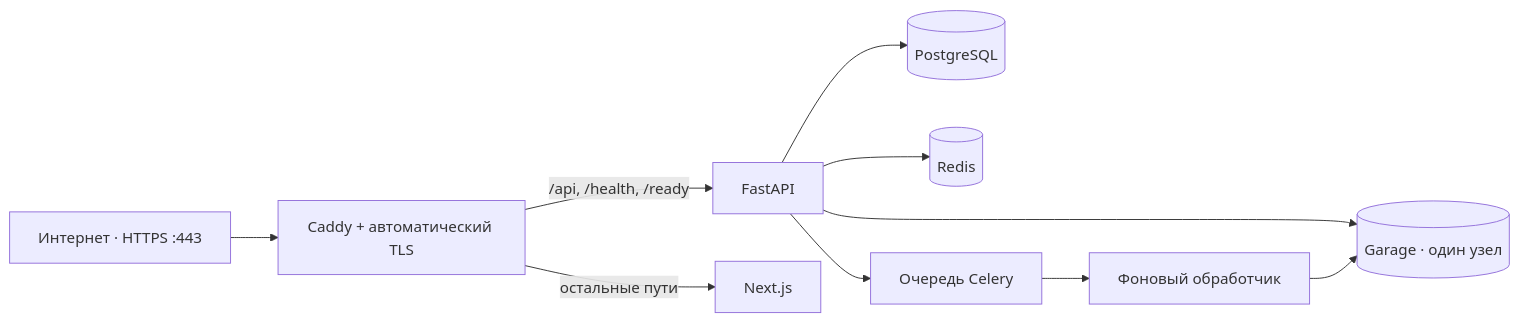
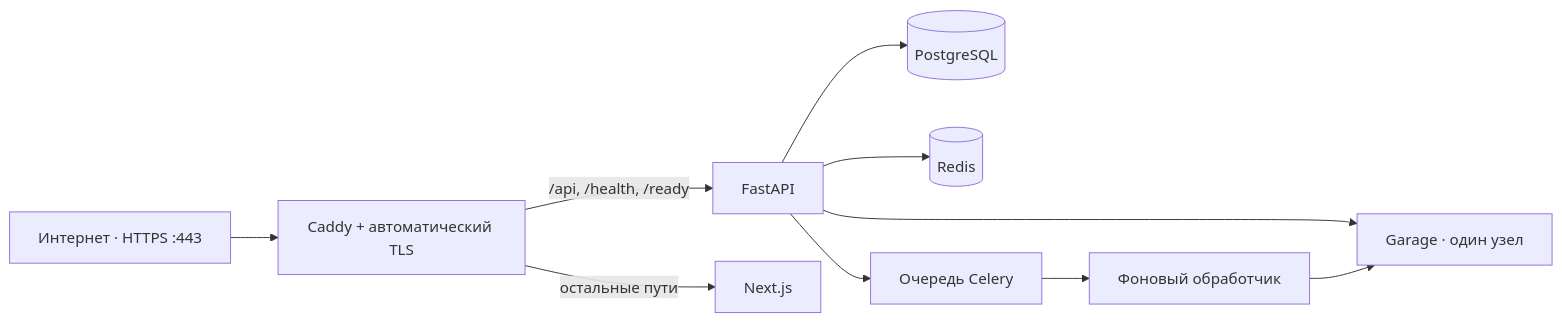
Before and after one commit to vladweat/docwise: the diagram in docs/operations/public-demo.md, drawn with Mermaid. The commit also changed other lines of this file and 8 other files, not shown here.

````diff
--- a/docs/operations/public-demo.md
+++ b/docs/operations/public-demo.md
@@ -11,12 +10,12 @@
 ```mermaid
 flowchart LR
   Internet[Интернет · HTTPS :443] --> Caddy[Caddy + автоматический TLS]
   Caddy -->|/api, /health, /ready| API[FastAPI]
   Caddy -->|остальные пути| UI[Next.js]
   API --> DB[(PostgreSQL)]
   API --> Redis[(Redis)]
-  API --> Garage[(Garage · один узел)]
+  API --> Garage[Garage · один узел]
   API --> Queue[Очередь Celery]
   Queue --> Worker[Фоновый обработчик]
   Worker --> Garage
 ```
````
